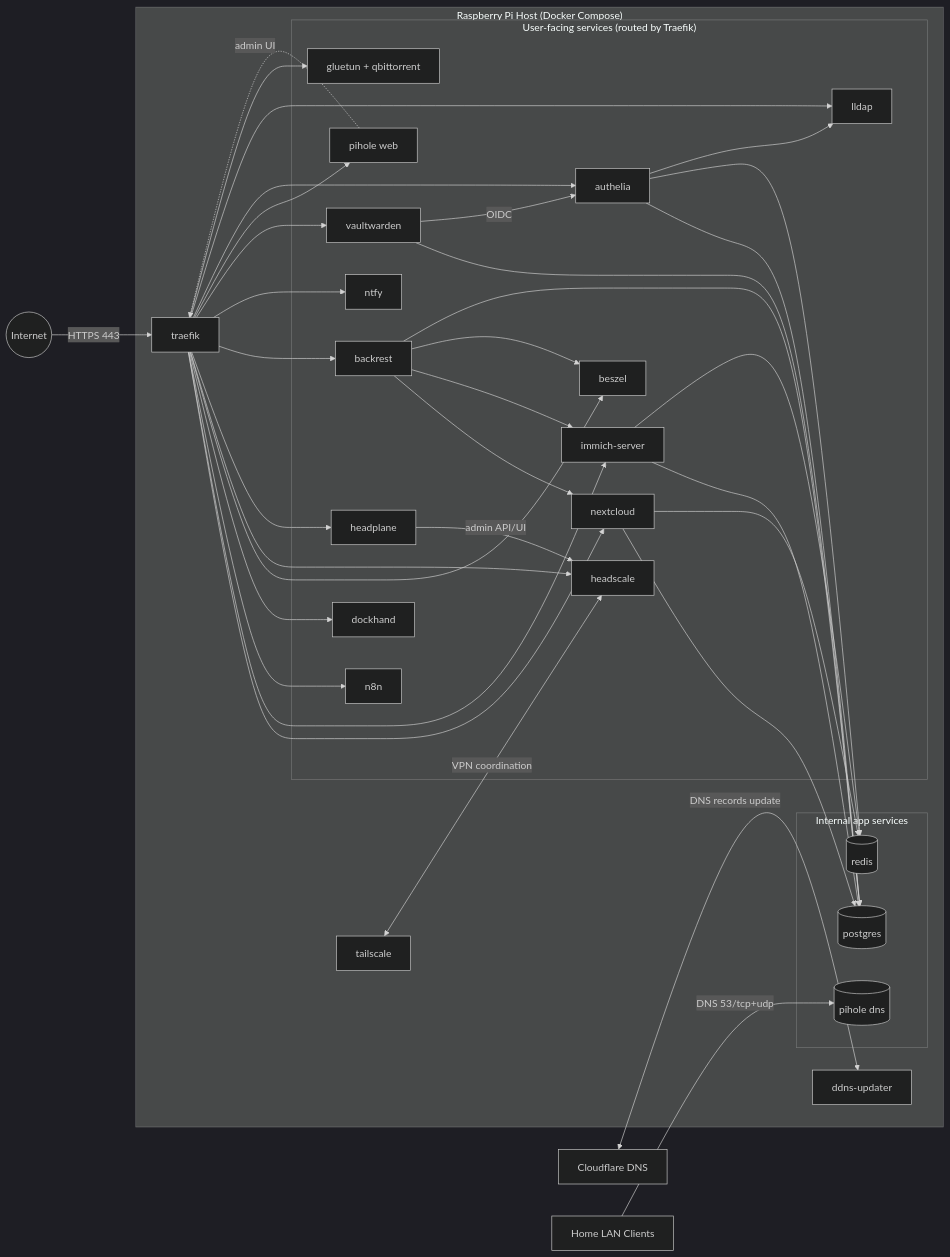
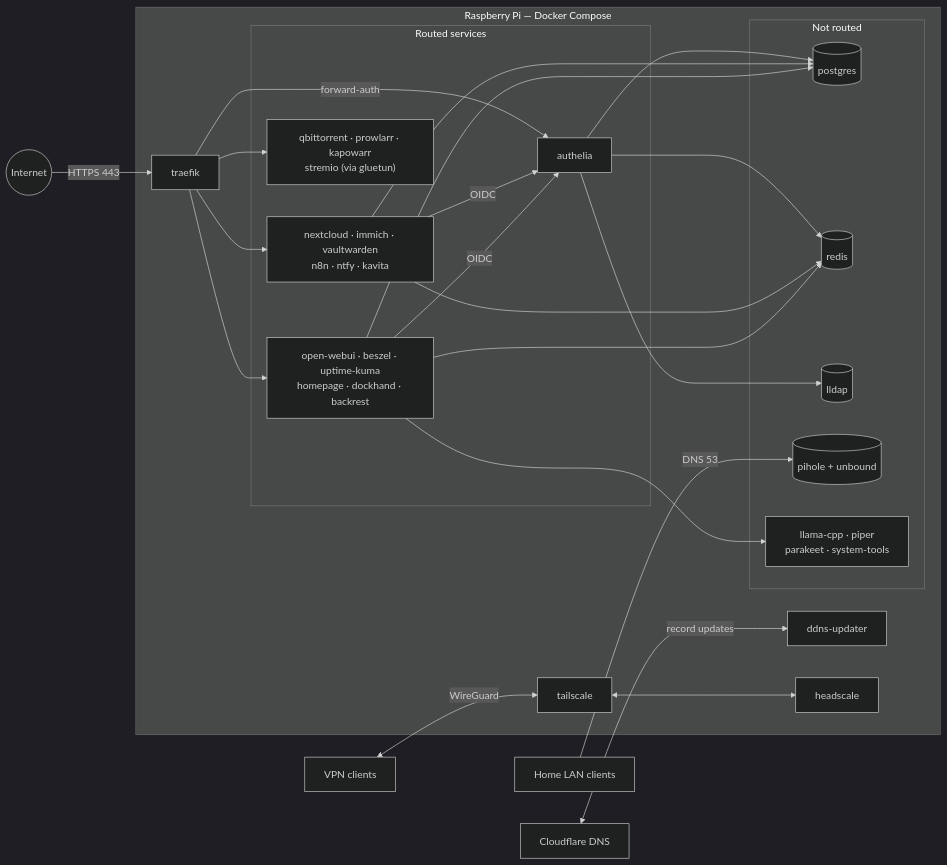
Before and after one commit to florianajir/pi-web: the first of 2 diagrams in docs/ARCHITECTURE.md, drawn with Mermaid (dark theme). The commit also changed other lines of this file and 15 other files, not shown here.

````diff
--- a/docs/ARCHITECTURE.md
+++ b/docs/ARCHITECTURE.md
@@ -5,72 +7,41 @@
 ```mermaid
 flowchart LR
   Internet((Internet))
   Cloudflare[Cloudflare DNS]
-  LAN[Home LAN Clients]
+  LAN[Home LAN clients]
+  VPN[VPN clients]
 
-  subgraph Pi["Raspberry Pi Host (Docker Compose)"]
+  subgraph Pi["Raspberry Pi — Docker Compose"]
     DDNS[ddns-updater]
     Traefik[traefik]
     Tailscale[tailscale]
+    Headscale[headscale]
 
-    subgraph Apps["User-facing services (routed by Traefik)"]
-      Nextcloud[nextcloud]
-      Immich[immich-server]
-      N8N[n8n]
-      Dockhand[dockhand]
-      Beszel[beszel]
-      Headscale[headscale]
-      Headplane[headplane]
-      Backrest[backrest]
-      Ntfy[ntfy]
-      Vaultwarden[vaultwarden]
-      PiholeWeb[pihole web]
+    subgraph Apps["Routed services"]
+      A1["nextcloud · immich · vaultwarden\nn8n · ntfy · kavita"]
+      A2["qbittorrent · prowlarr · kapowarr\nstremio (via gluetun)"]
+      A3["open-webui · beszel · uptime-kuma\nhomepage · dockhand · backrest"]
       Authelia[authelia]
-      Lldap[lldap]
-      Gluetun[gluetun + qbittorrent]
     end
 
-    subgraph Internal["Internal app services"]
+    subgraph Internal["Not routed"]
       Postgres[(postgres)]
       Redis[(redis)]
-      PiholeDNS[(pihole dns)]
+      LLDAP[(lldap)]
+      PiholeDNS[(pihole + unbound)]
+      AI["llama-cpp · piper\nparakeet · system-tools"]
     end
   end
 
   Internet -->|HTTPS 443| Traefik
-  Cloudflare <-->|DNS records update| DDNS
-  Traefik --> Nextcloud
-  Traefik --> Immich
-  Traefik --> N8N
-  Traefik --> Dockhand
-  Traefik --> Beszel
-  Traefik --> Headscale
-  Traefik --> Headplane
-  Traefik --> Backrest
-  Traefik --> Ntfy
-  Traefik --> Vaultwarden
-  Traefik --> PiholeWeb
-  Traefik --> Authelia
-  Traefik --> Lldap
-  Traefik --> Gluetun
-
-  Nextcloud --> Postgres
-  Nextcloud --> Redis
-  Immich --> Postgres
-  Immich --> Redis
-  Authelia --> Postgres
-  Authelia --> Redis
-  Authelia --> Lldap
-  Vaultwarden --> Postgres
-  Vaultwarden -->|"OIDC"| Authelia
-  Backrest --> Nextcloud
-  Backrest --> Immich
-  Backrest --> Beszel
-  Backrest --> Postgres
-
-  LAN -->|DNS 53/tcp+udp| PiholeDNS
-  PiholeWeb -.admin UI.-> Traefik
-
-  Tailscale <-->|VPN coordination| Headscale
-  Headplane -->|admin API/UI| Headscale
+  Cloudflare <-->|record updates| DDNS
+  Traefik --> A1 & A2 & A3
+  Traefik -->|forward-auth| Authelia
+  A1 & A3 -->|OIDC| Authelia
+  Authelia --> LLDAP & Postgres & Redis
+  A1 & A3 --> Postgres & Redis
+  A3 --> AI
+  LAN -->|DNS 53| PiholeDNS
+  VPN <-->|WireGuard| Tailscale
+  Tailscale <--> Headscale
 ```
````
